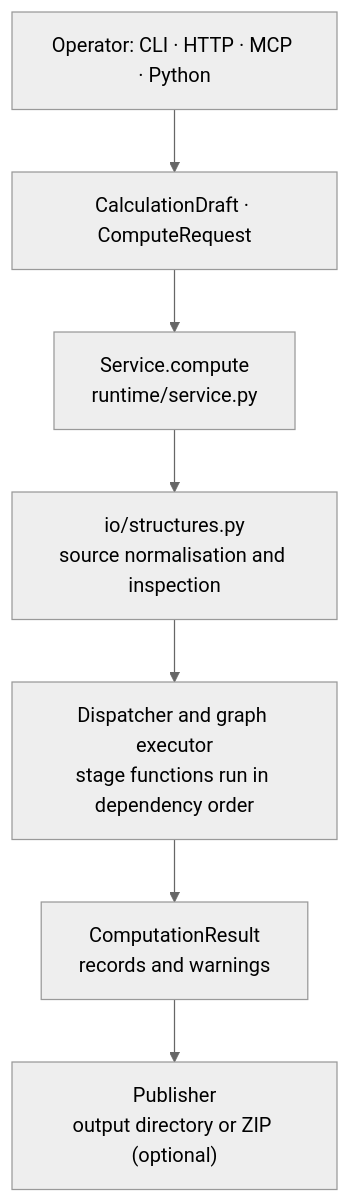
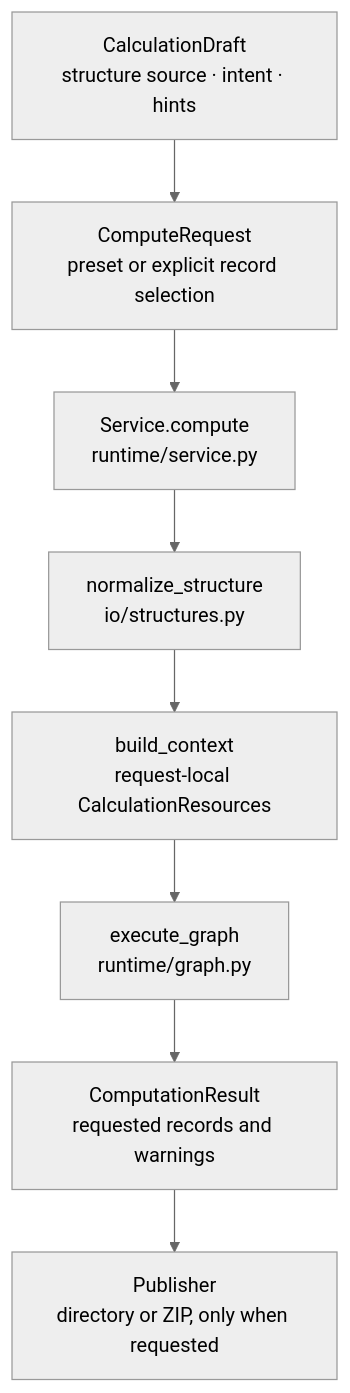
One commit to junwen94/goldilocks-core changed the first of 2 diagrams in docs/architecture.md. Above: the diagram before and after it, drawn with Mermaid (neutral theme). The commit also changed other lines of this file and 2 other files, not shown here.

First line of the commit message:
docs: plain rewrite of architecture, contributing, and AGENTS

````diff
--- a/docs/architecture.md
+++ b/docs/architecture.md
@@ -11,9 +13,10 @@
 ```mermaid
 flowchart TD
-    op["Operator: CLI · HTTP · MCP · Python"] --> request["CalculationDraft · ComputeRequest"]
+    draft["CalculationDraft<br/>structure source · intent · hints"] --> request["ComputeRequest<br/>preset or explicit record selection"]
     request --> service["Service.compute<br/>runtime/service.py"]
-    service --> io["io/structures.py<br/>source normalisation and inspection"]
-    io --> stages["Dispatcher and graph executor<br/>stage functions run in dependency order"]
-    stages --> result["ComputationResult<br/>records and warnings"]
-    result --> publish["Publisher<br/>output directory or ZIP (optional)"]
+    service --> normalize["normalize_structure<br/>io/structures.py"]
+    normalize --> context["build_context<br/>request-local CalculationResources"]
+    context --> execute["execute_graph<br/>runtime/graph.py"]
+    execute --> result["ComputationResult<br/>requested records and warnings"]
+    result --> publish["Publisher<br/>directory or ZIP, only when requested"]
 ```
````
